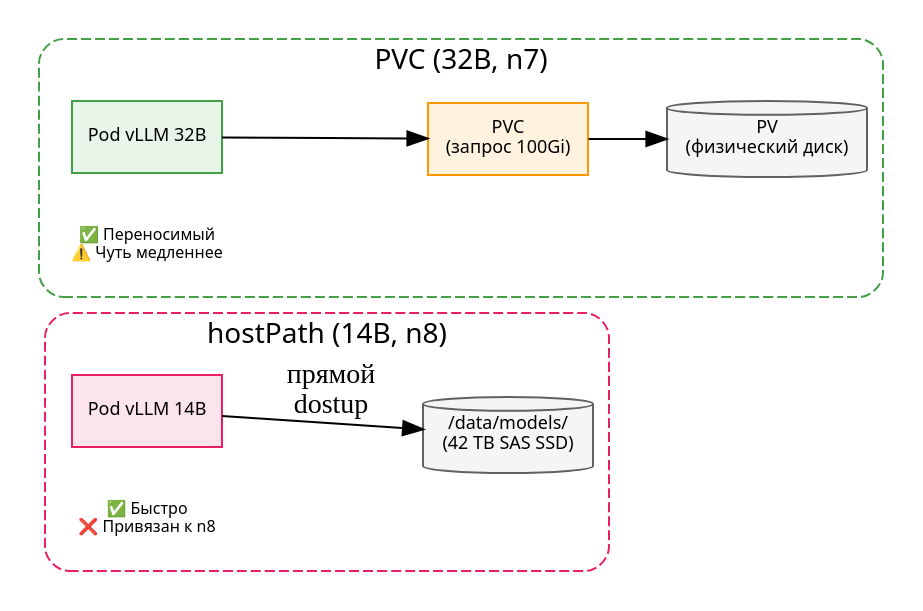
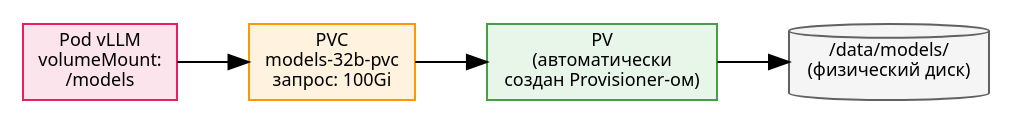
Before and after one commit to dedvmedved-dot/aither-project: the ninth of 21 diagrams in docs/training-manual/02-part2-deployment.md, drawn with Graphviz. The commit also changed other lines of this file, not shown here.

First line of the commit message:
fix: Часть II — строгое соответствие TOC. 70 KB, 18 DOT-схем, 20+ таблиц

````diff
--- a/docs/training-manual/02-part2-deployment.md
+++ b/docs/training-manual/02-part2-deployment.md
@@ -949,32 +772,14 @@
 ```dot
-digraph StorageComparison {
+digraph PVCFlow {
     rankdir=LR
     bgcolor="#ffffff"
     node [fontname="system-ui", fontsize=9]
 
-    subgraph cluster_hostPath {
-        label="hostPath (14B, n8)"
-        style="rounded,dashed"
-        color="#e91e63"
-        fontname="system-ui"
+    pod [label="Pod vLLM\nvolumeMount:\n/models", shape=box, style="filled", fillcolor="#fce4ec", color="#e91e63"]
+    pvc [label="PVC\nmodels-32b-pvc\nзапрос: 100Gi", shape=box, style="filled", fillcolor="#fff3e0", color="#ff9800"]
+    pv [label="PV\n(автоматически\nсоздан Provisioner-ом)", shape=box, style="filled", fillcolor="#e8f5e9", color="#43a047"]
+    disk [label="/data/models/\n(физический диск)", shape=cylinder, style="filled", fillcolor="#f5f5f5", color="#616161"]
 
-        pod14 [label="Pod vLLM 14B", shape=box, style="filled", fillcolor="#fce4ec", color="#e91e63"]
-        disk [label="/data/models/\n(42 TB SAS SSD)", shape=cylinder, style="filled", fillcolor="#f5f5f5", color="#616161"]
-        pod14 -> disk [label="прямой\ndostup"]
-        note1 [label="✅ Быстро\n❌ Привязан к n8", shape=plaintext, fontsize=8]
-    }
-
-    subgraph cluster_pvc {
-        label="PVC (32B, n7)"
-        style="rounded,dashed"
-        color="#43a047"
-        fontname="system-ui"
-
-        pod32 [label="Pod vLLM 32B", shape=box, style="filled", fillcolor="#e8f5e9", color="#43a047"]
-        pv [label="PV\n(физический диск)", shape=cylinder, style="filled", fillcolor="#f5f5f5", color="#616161"]
-        pvc [label="PVC\n(запрос 100Gi)", shape=box, style="filled", fillcolor="#fff3e0", color="#ff9800"]
-        pod32 -> pvc -> pv
-        note2 [label="✅ Переносимый\n⚠️ Чуть медленнее", shape=plaintext, fontsize=8]
-    }
+    pod -> pvc -> pv -> disk
 }
 ```
````
